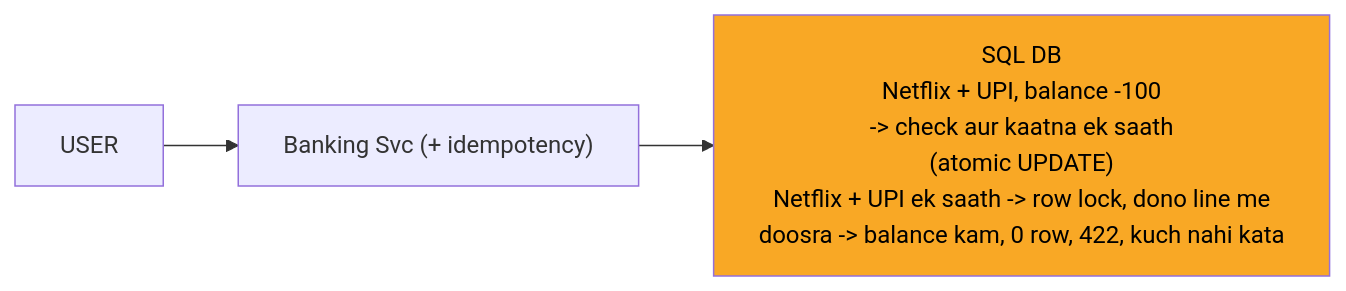
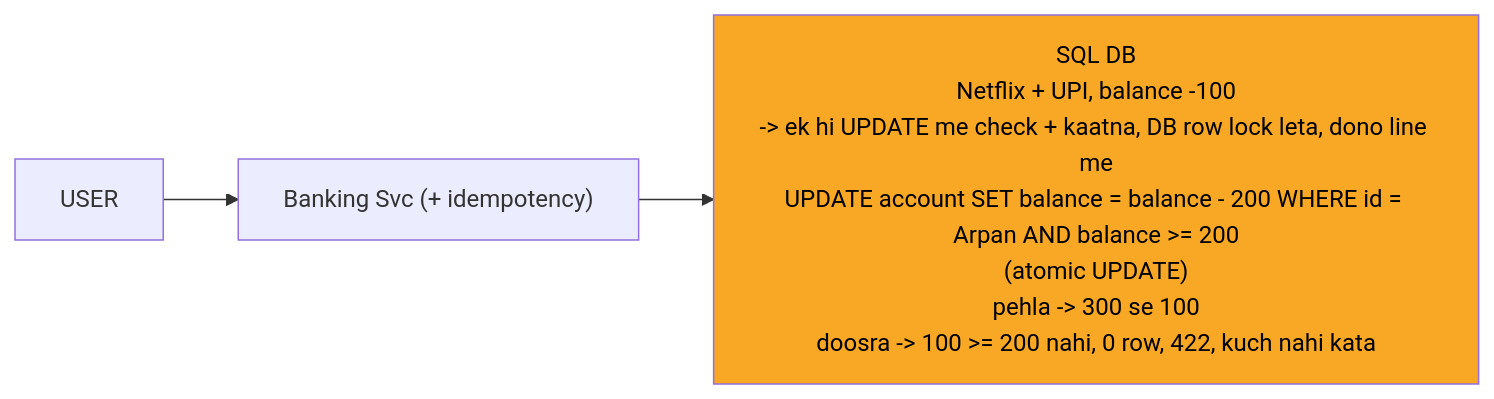
Before and after one commit to ArpanMaheshwari144/Prep: the fourth of 13 diagrams in 04_HLD/SYSTEM_DESIGNS/13_banking_system/13_banking_system.md, drawn with Mermaid. The commit also changed other lines of this file and 13 other files, not shown here.

````diff
--- a/04_HLD/SYSTEM_DESIGNS/13_banking_system/13_banking_system.md
+++ b/04_HLD/SYSTEM_DESIGNS/13_banking_system/13_banking_system.md
@@ -148,10 +152,10 @@
 ```mermaid
 %%{init: {"flowchart": {"wrappingWidth": 450}}}%%
 flowchart LR
     n_USER["USER"]
     n_SVC["Banking Svc (+ idempotency)"]
-    n_DB["SQL DB<br/>Netflix + UPI, balance -100<br/>-> check aur kaatna ek saath<br/>(atomic UPDATE)<br/>Netflix + UPI ek saath -> row lock, dono line me<br/>doosra -> balance kam, 0 row, 422, kuch nahi kata"]
+    n_DB["SQL DB<br/>Netflix + UPI, balance -100<br/>-> ek hi UPDATE me check + kaatna, DB row lock leta, dono line me<br/>UPDATE account SET balance = balance - 200 WHERE id = Arpan AND balance >= 200<br/>(atomic UPDATE)<br/>pehla -> 300 se 100<br/>doosra -> 100 >= 200 nahi, 0 row, 422, kuch nahi kata"]
     n_USER --> n_SVC
     n_SVC --> n_DB
     style n_DB fill:#f9a825,color:#000
 ```
````
